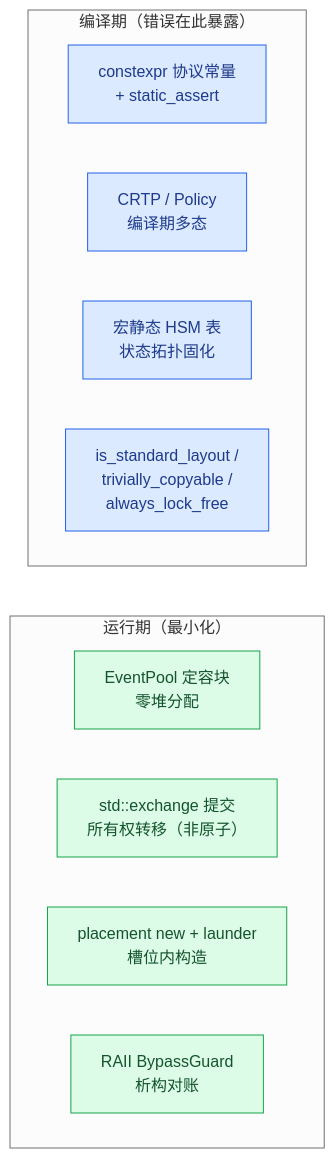
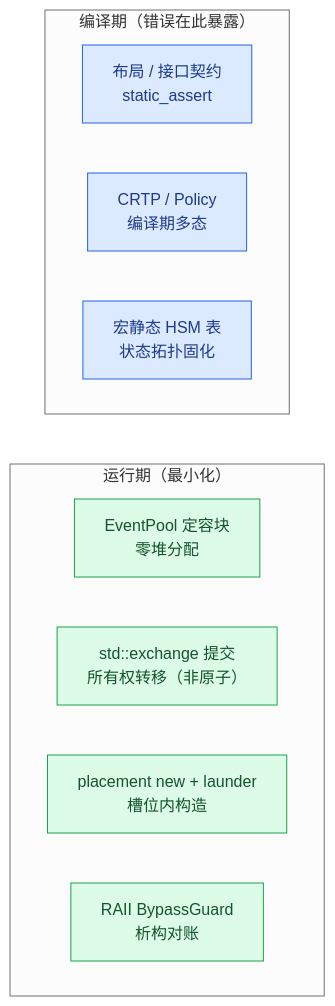
One commit to DeguiLiu/coact changed the second of 4 diagrams in docs/blogs/10-isp-pipeline-cpp17-discipline-and-pointer-governance.md. Above: the diagram before and after it, drawn with Mermaid (neutral theme). The commit also changed other lines of this file and 4 other files, not shown here.

````diff
--- a/docs/blogs/10-isp-pipeline-cpp17-discipline-and-pointer-governance.md
+++ b/docs/blogs/10-isp-pipeline-cpp17-discipline-and-pointer-governance.md
@@ -74,18 +99,17 @@
 ```mermaid
 flowchart TB
     subgraph COMPILE["编译期（错误在此暴露）"]
-        C1["constexpr 协议常量<br/>+ static_assert"]:::c
+        C1["布局 / 接口契约<br/>static_assert"]:::c
         C2["CRTP / Policy<br/>编译期多态"]:::c
         C3["宏静态 HSM 表<br/>状态拓扑固化"]:::c
-        C4["is_standard_layout /<br/>trivially_copyable /<br/>always_lock_free"]:::c
     end
     subgraph RUNTIME["运行期（最小化）"]
         R1["EventPool 定容块<br/>零堆分配"]:::r
         R2["std::exchange 提交<br/>所有权转移（非原子）"]:::r
         R3["placement new + launder<br/>槽位内构造"]:::r
         R4["RAII BypassGuard<br/>析构对账"]:::r
     end
     COMPILE ~~~ RUNTIME
     classDef c fill:#dbeafe,stroke:#2563eb,color:#1e3a8a
     classDef r fill:#dcfce7,stroke:#16a34a,color:#14532d
 ```
````
